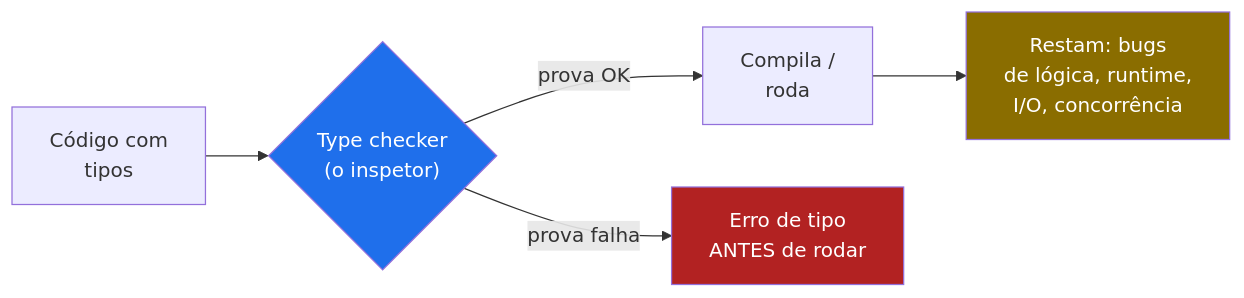
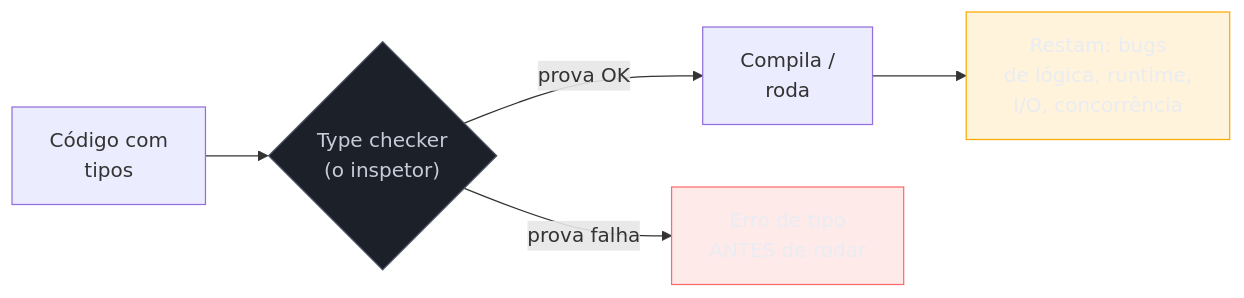
One commit to josenaldo/codex-technomanticus changed the first of 5 diagrams in 03-Dominios/Ciência/Paradigmas/13 - Sistemas de tipos.md. Above: the diagram before and after it, drawn with Mermaid. The commit also changed other lines of this file and 1181 other files, not shown here.

First line of the commit message:
fix(diagramas): paleta do sistema no lugar de cor cravada no markdown

````diff
--- a/03-Dominios/Ciência/Paradigmas/13 - Sistemas de tipos.md
+++ b/03-Dominios/Ciência/Paradigmas/13 - Sistemas de tipos.md
@@ -40,10 +40,13 @@
 ```mermaid
 flowchart LR
+    classDef neutro fill:#1B2029,stroke:#4E5666,color:#C6CCD8
+    classDef falha fill:#FF6B6B24,stroke:#FF6B6B,color:#E9ECF2
+    classDef destaque fill:#FFAA0024,stroke:#FFAA00,color:#E9ECF2
     A["Código com<br/>tipos"] --> B{"Type checker<br/>(o inspetor)"}
     B -->|"prova OK"| C["Compila /<br/>roda"]
     B -->|"prova falha"| D["Erro de tipo<br/>ANTES de rodar"]
     C --> E["Restam: bugs<br/>de lógica, runtime,<br/>I/O, concorrência"]
-    style B fill:#1f6feb,color:#fff
-    style D fill:#b22222,color:#fff
-    style E fill:#8a6d00,color:#fff
+    class B neutro
+    class D falha
+    class E destaque
 ```
````
